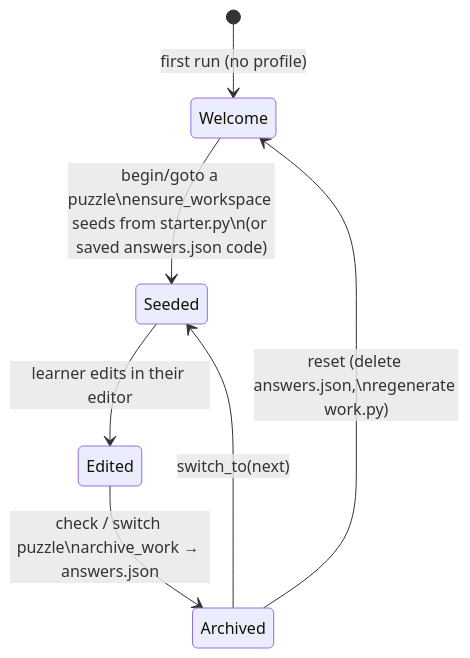
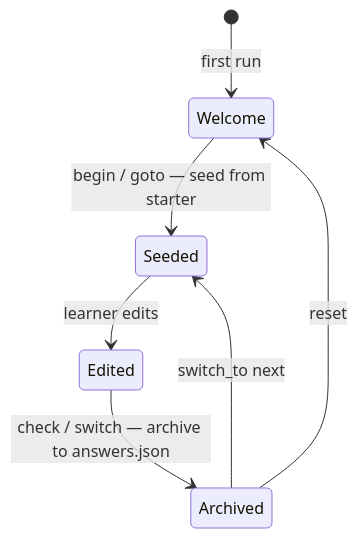
The seventh of 9 diagrams in docs/architecture/engine-core.md (N041M/PyQuest), drawn with Mermaid before and after one commit. The commit also changed other lines of this file and 5 other files, not shown here.

First line of the commit message:
Polish architecture diagrams; add puzzle-consumption view

````diff
--- a/docs/architecture/engine-core.md
+++ b/docs/architecture/engine-core.md
@@ -158,9 +164,9 @@
 ```mermaid
 stateDiagram-v2
-    [*] --> Welcome : first run (no profile)
-    Welcome --> Seeded : begin/goto a puzzle\nensure_workspace seeds from starter.py\n(or saved answers.json code)
-    Seeded --> Edited : learner edits in their editor
-    Edited --> Archived : check / switch puzzle\narchive_work → answers.json
-    Archived --> Seeded : switch_to(next)
-    Archived --> Welcome : reset (delete answers.json,\nregenerate work.py)
+    [*] --> Welcome : first run
+    Welcome --> Seeded : begin / goto — seed from starter
+    Seeded --> Edited : learner edits
+    Edited --> Archived : check / switch — archive to answers.json
+    Archived --> Seeded : switch_to next
+    Archived --> Welcome : reset
 ```
````
